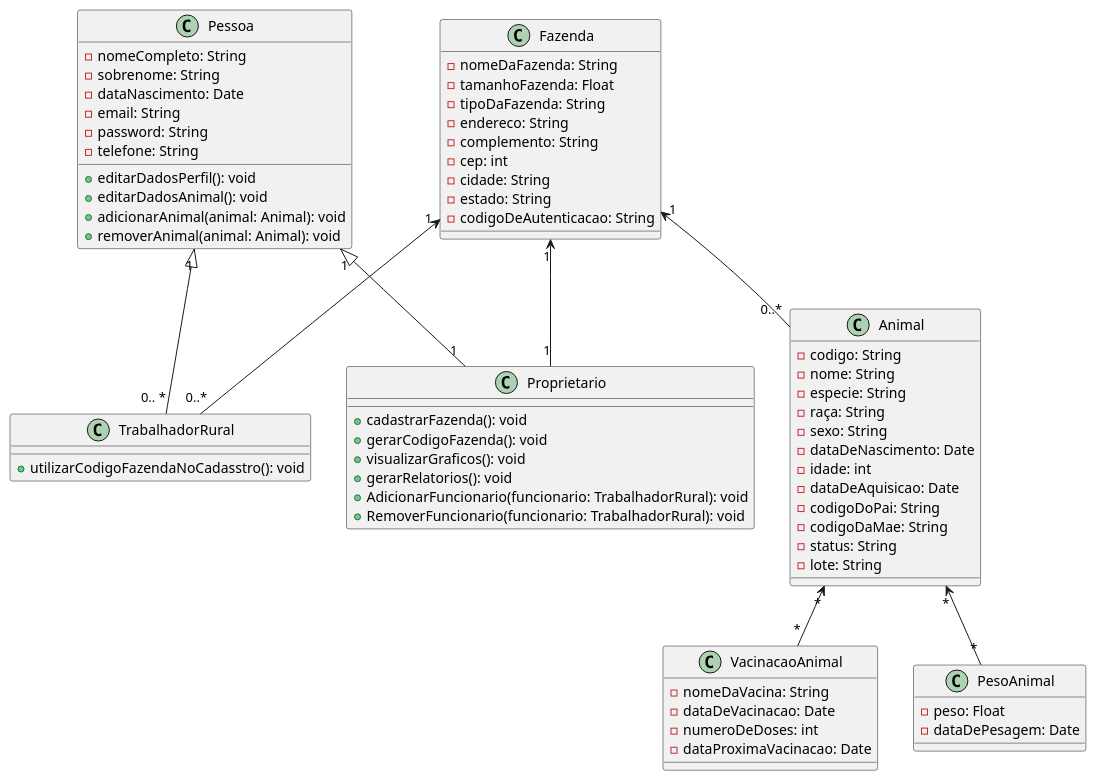
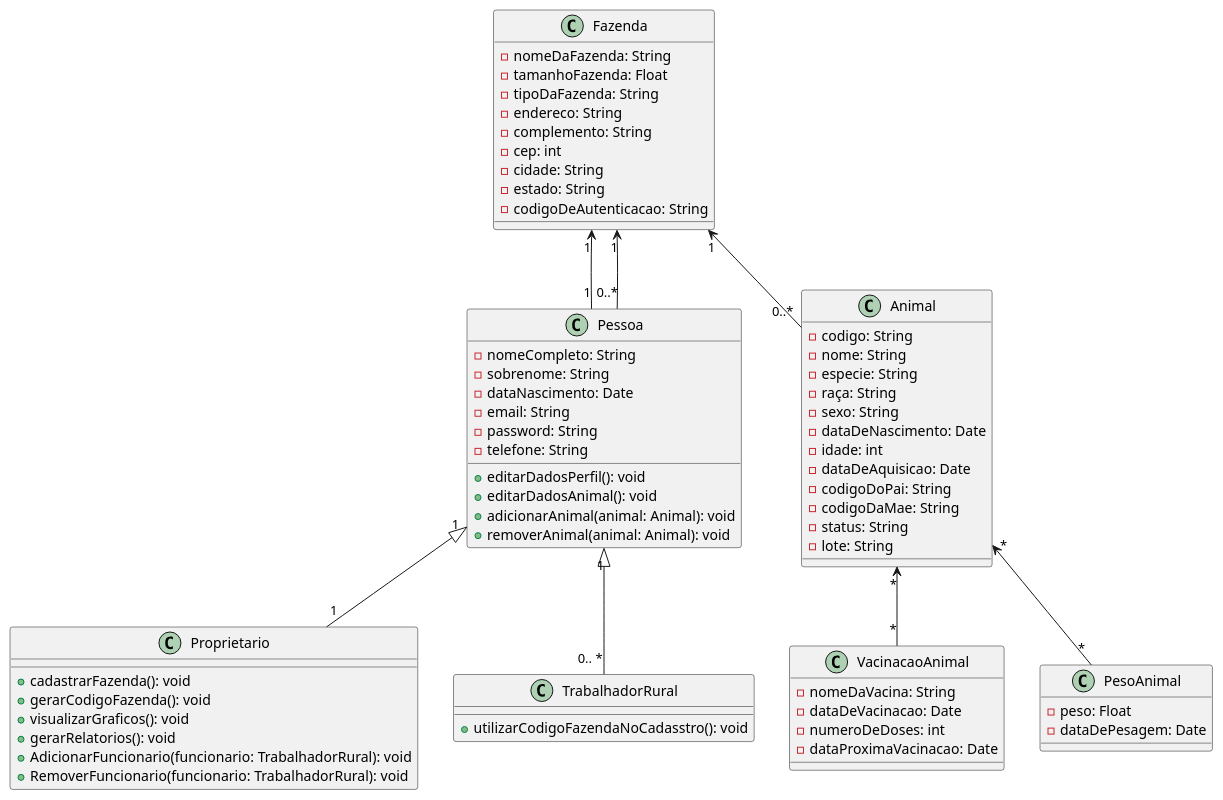
One commit to pedroaugusto99/ms_20242_g6 changed the diagram in DiagramasUML/Classes.puml. Above: the diagram before and after it, drawn with PlantUML. The commit also changed 2 other files, not shown here.

Commit message:
Pequenos ajustes no README, Diagrama de Classes e tela de registro de proprietário

```diff
--- a/DiagramasUML/Classes.puml
+++ b/DiagramasUML/Classes.puml
@@ -1,77 +1,77 @@
 @startuml
 class Pessoa {
     -nomeCompleto: String
     -sobrenome: String
     -dataNascimento: Date
     -email: String
     -password: String
     -telefone: String
     
     +editarDadosPerfil(): void
     +editarDadosAnimal(): void
     +adicionarAnimal(animal: Animal): void
     +removerAnimal(animal: Animal): void
 }
 
 class Proprietario {
     +cadastrarFazenda(): void
     +gerarCodigoFazenda(): void
     +visualizarGraficos(): void
     +gerarRelatorios(): void
     +AdicionarFuncionario(funcionario: TrabalhadorRural): void
     +RemoverFuncionario(funcionario: TrabalhadorRural): void
 }
 
 class TrabalhadorRural {
     +utilizarCodigoFazendaNoCadasstro(): void
 }
 
 class Fazenda {
     -nomeDaFazenda: String
     -tamanhoFazenda: Float
     -tipoDaFazenda: String
     -endereco: String
     -complemento: String
     -cep: int
     -cidade: String
     -estado: String
     -codigoDeAutenticacao: String
 }
 
 class VacinacaoAnimal {
     -nomeDaVacina: String
     -dataDeVacinacao: Date
     -numeroDeDoses: int
     -dataProximaVacinacao: Date
 }
 
 class PesoAnimal {
     -peso: Float
     -dataDePesagem: Date
 }
 
 
 class Animal {
     -codigo: String
     -nome: String
     -especie: String
     -raça: String
     -sexo: String
     -dataDeNascimento: Date
     -idade: int
     -dataDeAquisicao: Date
     -codigoDoPai: String
     -codigoDaMae: String
     -status: String
     -lote: String
 }
 
-Fazenda "1" <-- "1" Proprietario
-Fazenda "1" <-- "0..*" TrabalhadorRural
+Fazenda "1" <-- "1" Pessoa
+Fazenda "1" <-- "0..*" Pessoa
 Fazenda "1" <-- "0..*" Animal
 Animal "*" <-- "*" VacinacaoAnimal
 Animal "*" <-- "*" PesoAnimal
 Pessoa "1" <|-- "1" Proprietario
 Pessoa "1" <|-- "0.. *" TrabalhadorRural
 
 @enduml
```
